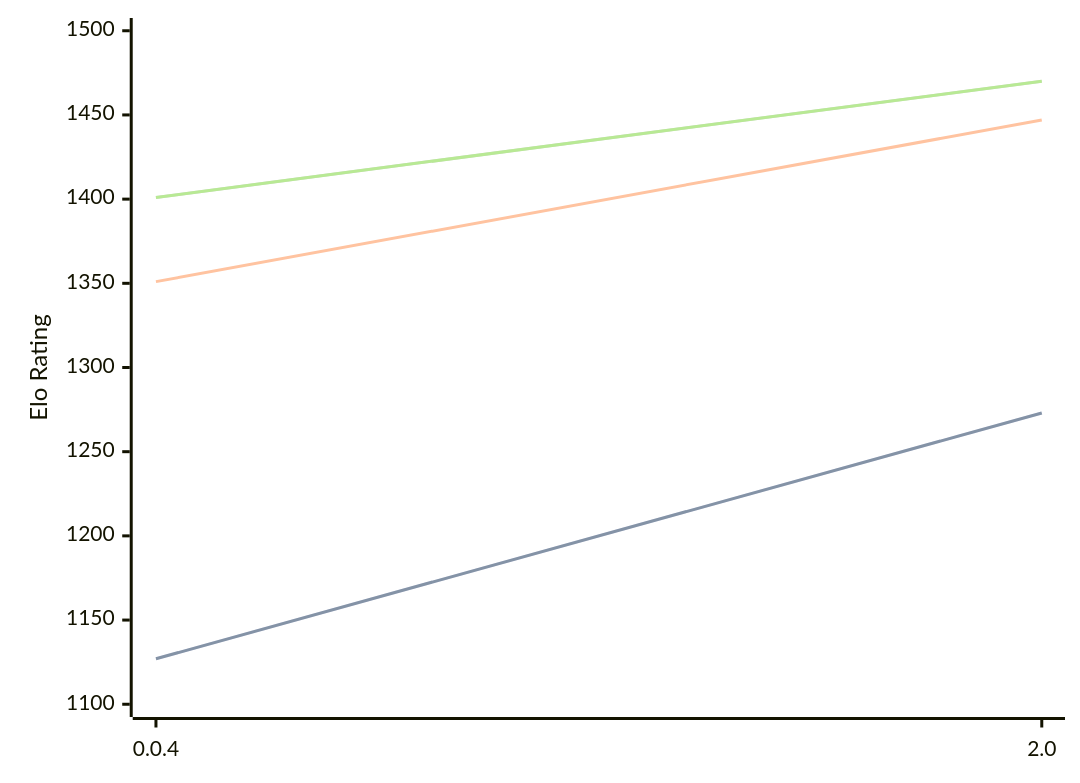
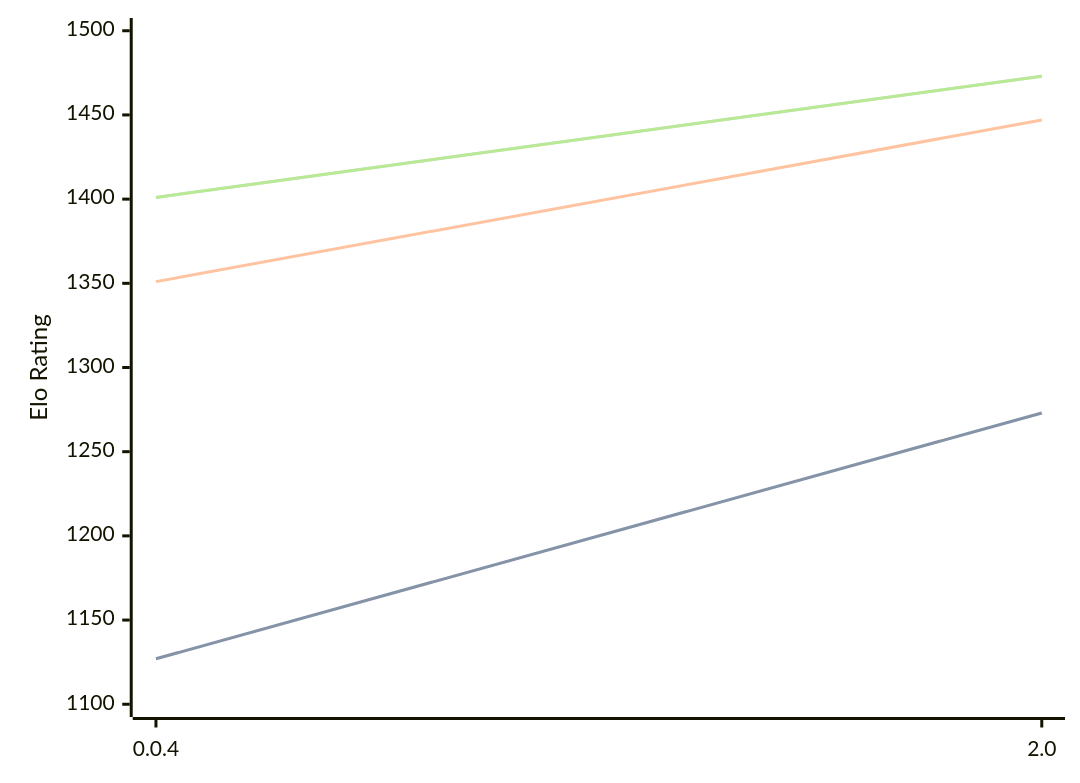
One commit to computer-chess-index/cci changed the diagram in engines/Oops!Mate.md. Above: the diagram before and after it, drawn with Mermaid. The commit also changed other lines of this file, not shown here.

Commit message:
Update CCI Ratings (ELO VLTC) - 2026-08-06

````diff
--- a/engines/Oops!Mate.md
+++ b/engines/Oops!Mate.md
@@ -52,11 +52,11 @@
 ```mermaid
 %%{init: {"theme":"base","themeVariables":{"seriesColors:['#a3a3a3','#222221','#faa371']}}}%%
 xychart-beta
   x-axis ["0.0.4", "2.0"]
   y-axis "Elo Rating" 1100 --> 1500
   line "STC (8.0+0.08s)" [1127, 1273]
   line "STC (8.0+0.08s)" [1127, 1273]
   line "LTC (60.0+0.60s)" [1351, 1447]
-  line "VLTC (2m24s+1.12s)" [1401, 1470]
-  line "VLTC (2m24s+1.12s)" [1401, 1470]
+  line "VLTC (2m24s+1.12s)" [1401, 1473]
+  line "VLTC (2m24s+1.12s)" [1401, 1473]
 ```
````
